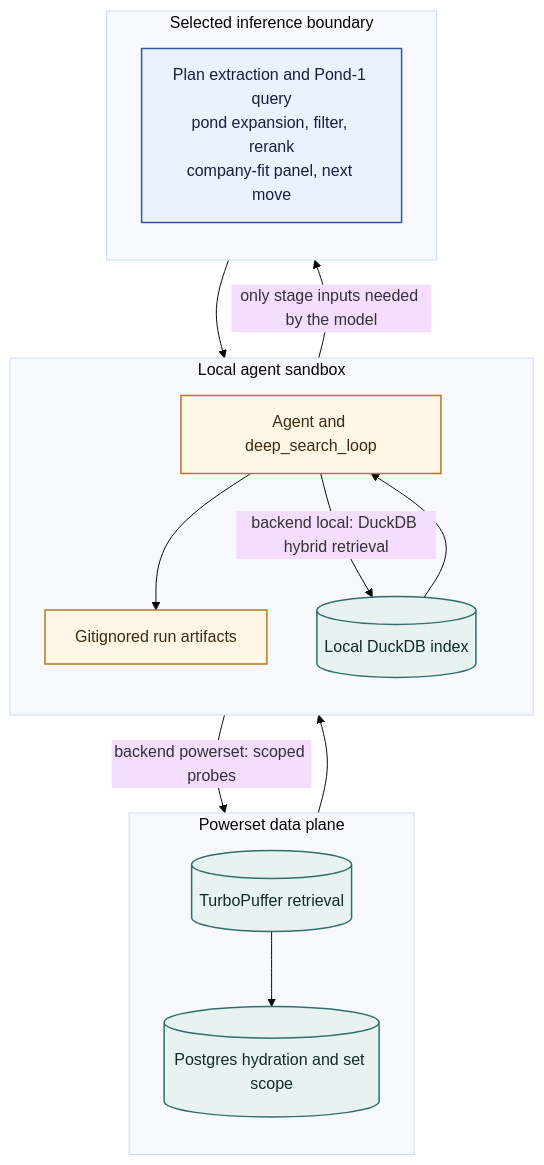
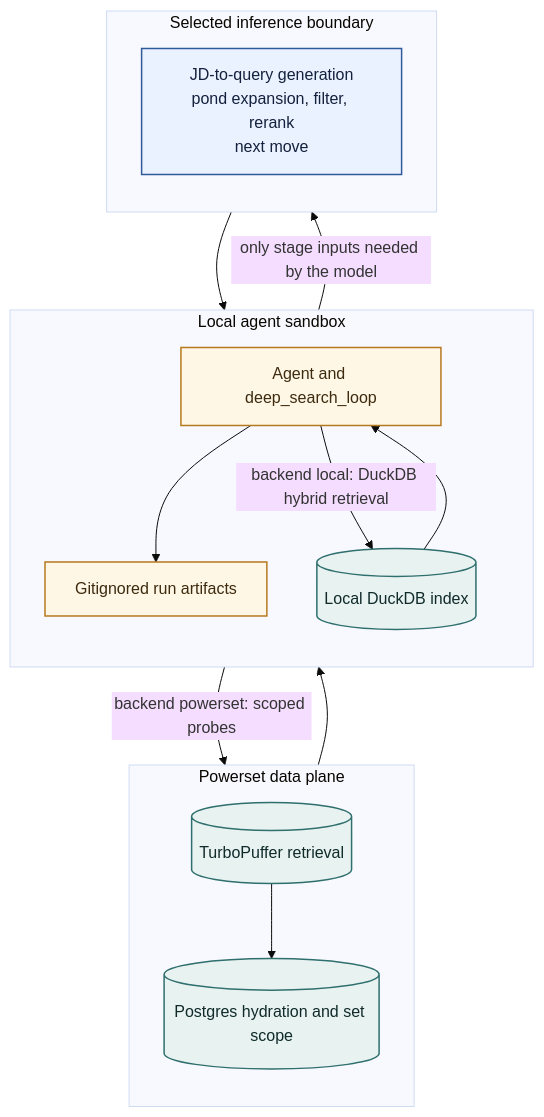
One commit to powerset-co/powerpacks changed the second of 2 diagrams in packs/search/docs/search-architecture.md. Above: the diagram before and after it, drawn with Mermaid (base theme). The commit also changed other lines of this file and 37 other files, not shown here.

````diff
--- a/packs/search/docs/search-architecture.md
+++ b/packs/search/docs/search-architecture.md
@@ -280,36 +184,36 @@
 ```mermaid
 flowchart TD
     subgraph Host[Local agent sandbox]
         direction TD
         A[Agent and deep_search_loop]
         F[Gitignored run artifacts]
         D[(Local DuckDB index)]
         A --> F
     end
 
     subgraph Cloud[Powerset data plane]
         direction TD
         T[(TurboPuffer retrieval)]
         G[(Postgres hydration and set scope)]
     end
 
     subgraph Models[Selected inference boundary]
         direction TD
-        M[Plan extraction and Pond-1 query<br/>pond expansion, filter, rerank<br/>company-fit panel, next move]
+        M[JD-to-query generation<br/>pond expansion, filter, rerank<br/>next move]
     end
 
     A -->|backend local: DuckDB hybrid retrieval| D
     A -->|backend powerset: scoped probes| T
     T --> G
     D --> A
     G --> A
     A -->|only stage inputs needed by the model| M
     M --> A
 
     classDef host fill:#fff7e6,color:#3d2b0f,stroke:#b7791f,stroke-width:1.5px;
     classDef data fill:#e8f3f1,color:#102a2a,stroke:#2f6f6d,stroke-width:1.5px;
     classDef model fill:#eaf2ff,color:#14213d,stroke:#315a9b,stroke-width:1.5px;
     class A,F host;
     class D,T,G data;
     class M model;
 ```
````
